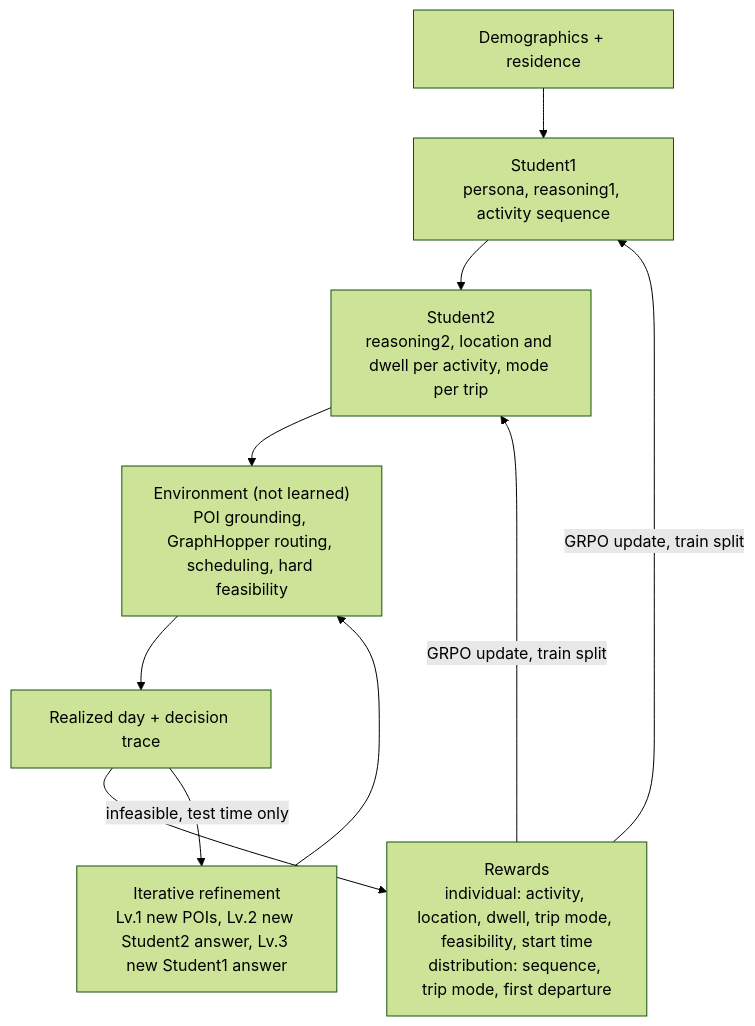
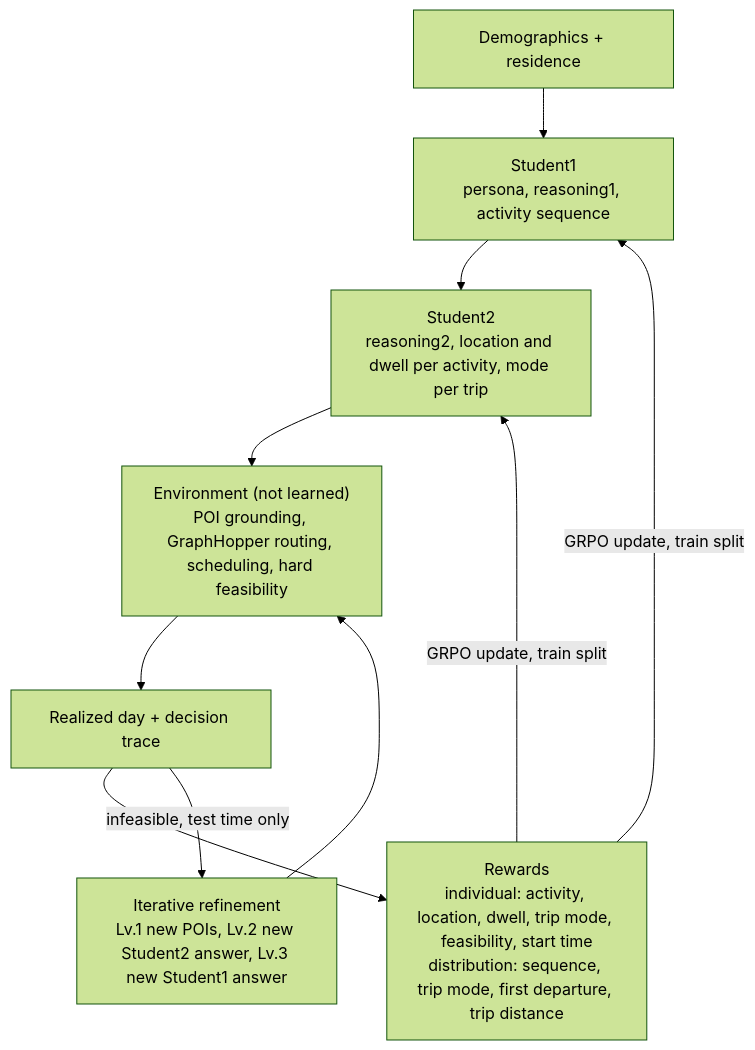
Before and after one commit to ashleycwyoon/persona_tripchain: the diagram in README.md, drawn with Mermaid (forest theme). The commit also changed other lines of this file and 20 other files, not shown here.

First line of the commit message:
Add trip-distance reward, days ending away from home, SeqBoost and round 2

````diff
--- a/README.md
+++ b/README.md
@@ -33,13 +33,13 @@
 ```mermaid
 flowchart TD
     D["Demographics + residence"] --> S1
     S1["Student1<br/>persona, reasoning1, activity sequence"] --> S2
     S2["Student2<br/>reasoning2, location and dwell per activity, mode per trip"] --> ENV
     ENV["Environment (not learned)<br/>POI grounding, GraphHopper routing, scheduling, hard feasibility"] --> DAY
     DAY["Realized day + decision trace"] --> R
-    R["Rewards<br/>individual: activity, location, dwell, trip mode, feasibility, start time<br/>distribution: sequence, trip mode, first departure"]
+    R["Rewards<br/>individual: activity, location, dwell, trip mode, feasibility, start time<br/>distribution: sequence, trip mode, first departure, trip distance"]
     R -->|"GRPO update, train split"| S1
     R -->|"GRPO update, train split"| S2
     DAY -->|"infeasible, test time only"| REF
     REF["Iterative refinement<br/>Lv.1 new POIs, Lv.2 new Student2 answer, Lv.3 new Student1 answer"] --> ENV
 ```
````
